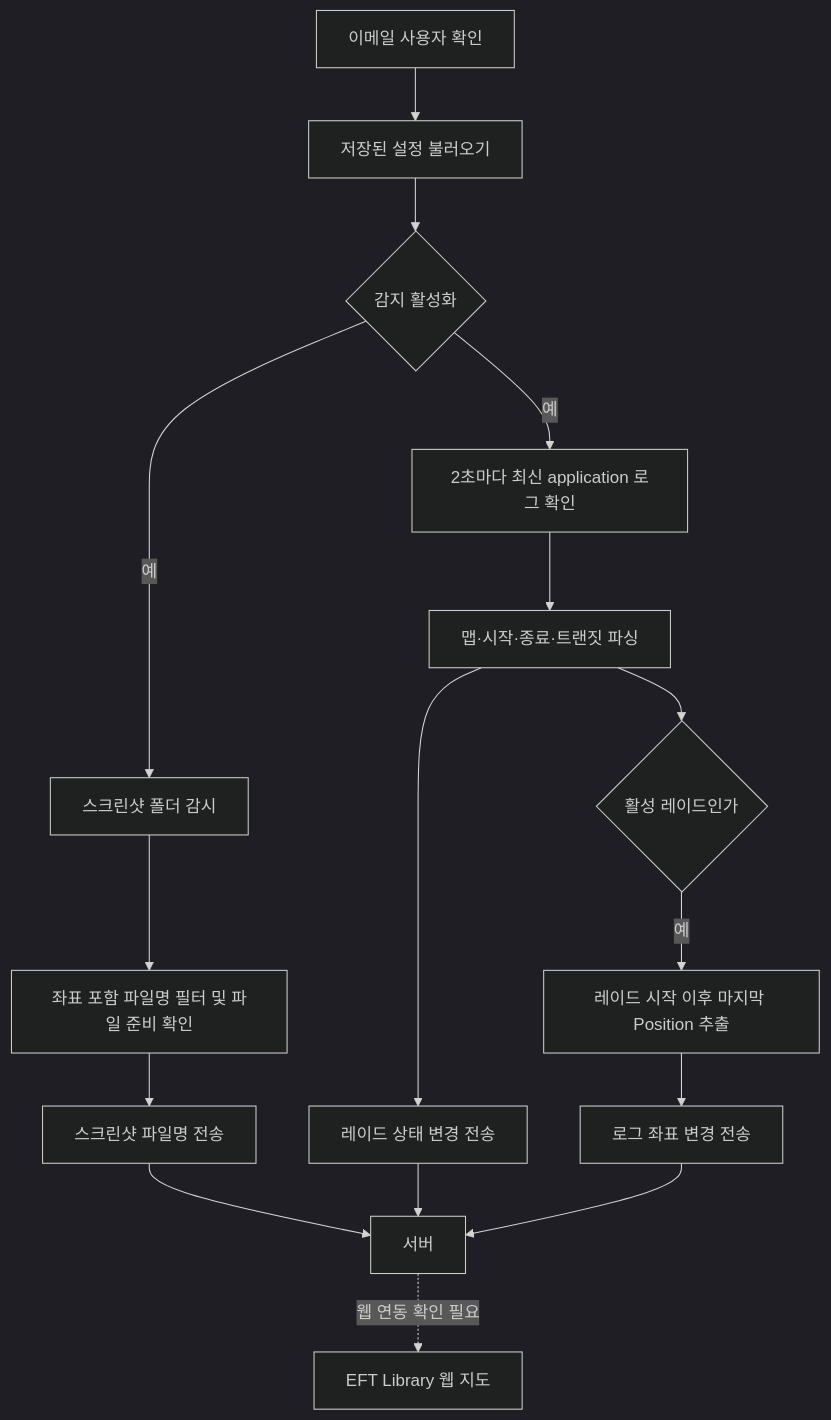
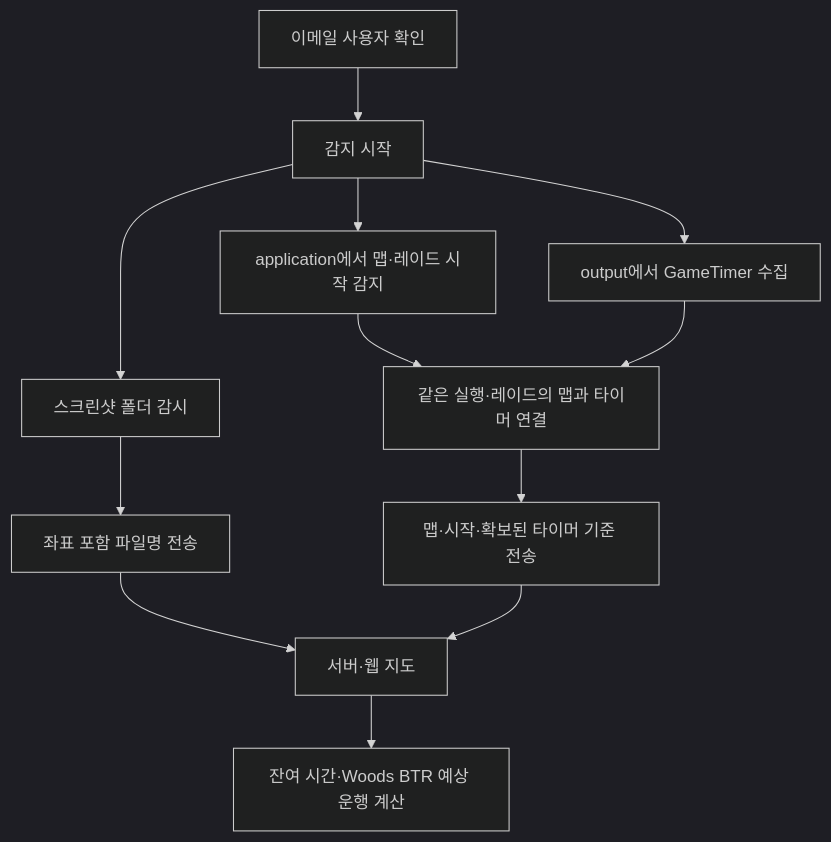
The diagram in docs/FEATURES_AND_REDESIGN.md (eft-library/eft-library-where-am-i), drawn with Mermaid (dark theme) before and after one commit. The commit also changed other lines of this file and 1 other file, not shown here.

````diff
--- a/docs/FEATURES_AND_REDESIGN.md
+++ b/docs/FEATURES_AND_REDESIGN.md
@@ -33,18 +48,14 @@
 ```mermaid
 flowchart TD
-    A[이메일 사용자 확인] --> B[저장된 설정 불러오기]
-    B --> C{감지 활성화}
-    C -->|예| D[스크린샷 폴더 감시]
-    C -->|예| E[2초마다 최신 application 로그 확인]
-    D --> F[좌표 포함 파일명 필터 및 파일 준비 확인]
-    F --> G[스크린샷 파일명 전송]
-    E --> H[맵·시작·종료·트랜짓 파싱]
-    H --> I[레이드 상태 변경 전송]
-    H --> J{활성 레이드인가}
-    J -->|예| K[레이드 시작 이후 마지막 Position 추출]
-    K --> L[로그 좌표 변경 전송]
-    G --> M[서버]
-    I --> M
-    L --> M
-    M -. 웹 연동 확인 필요 .-> N[EFT Library 웹 지도]
+    A[이메일 사용자 확인] --> B[감지 시작]
+    B --> C[스크린샷 폴더 감시]
+    C --> D[좌표 포함 파일명 전송]
+    B --> E[application에서 맵·레이드 시작 감지]
+    B --> F[output에서 GameTimer 수집]
+    E --> G[같은 실행·레이드의 맵과 타이머 연결]
+    F --> G
+    G --> H[맵·시작·확보된 타이머 기준 전송]
+    D --> I[서버·웹 지도]
+    H --> I
+    I --> J[잔여 시간·Woods BTR 예상 운행 계산]
 ```
````
